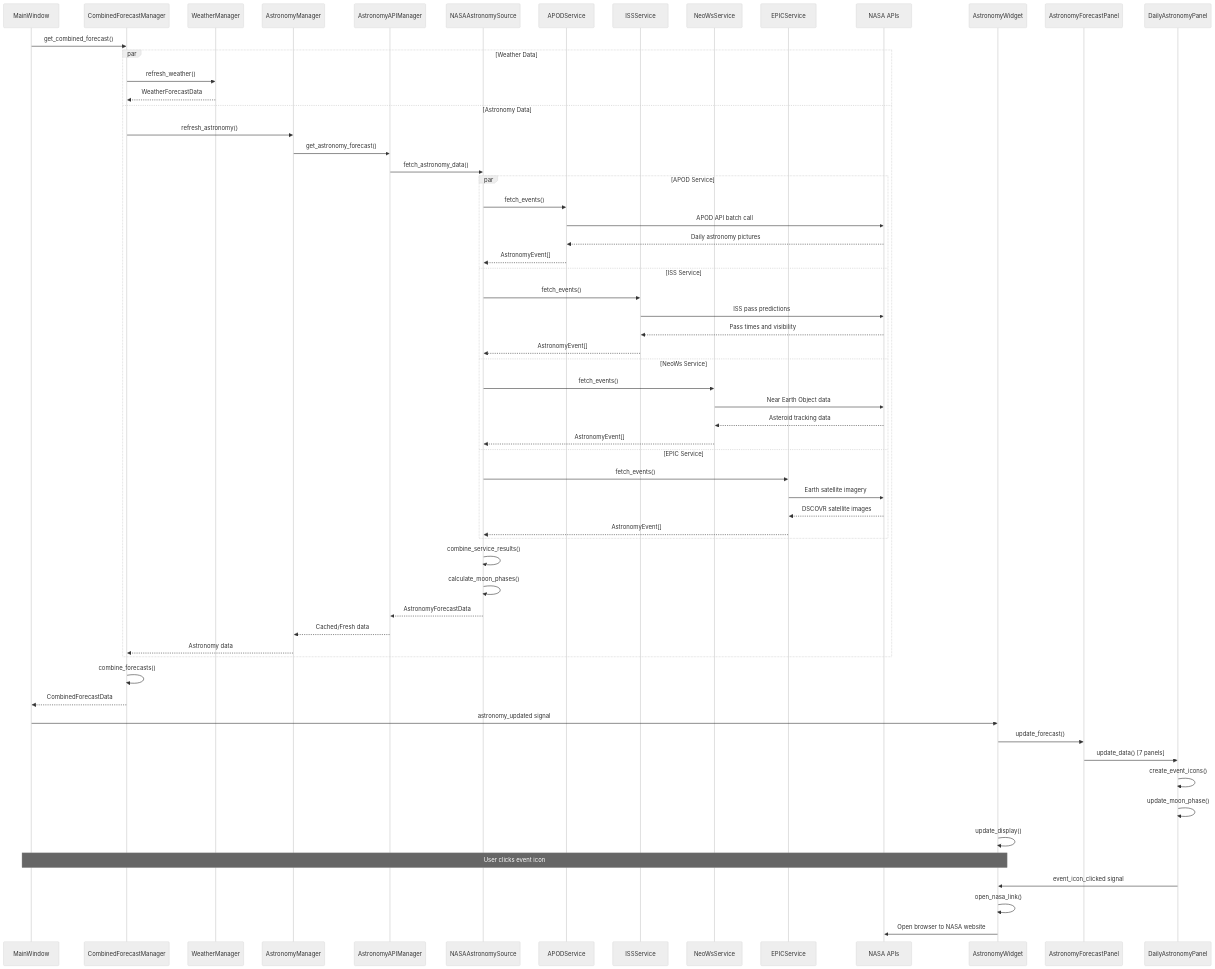
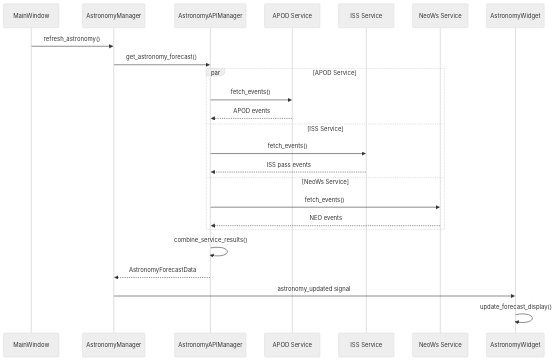
One commit to oernster/trainer changed the third of 3 diagrams in docs/ARCHITECTURE.md. Above: the diagram before and after it, drawn with Mermaid (neutral theme). The commit also changed other lines of this file, not shown here.

Commit message:
Update ARCHITECTURE.md in docs to reflect current code.

````diff
--- a/docs/ARCHITECTURE.md
+++ b/docs/ARCHITECTURE.md
@@ -1451,69 +638,29 @@
 ```mermaid
 sequenceDiagram
     participant MW as MainWindow
-    participant CFM as CombinedForecastManager
-    participant WM as WeatherManager
     participant AM as AstronomyManager
     participant AAM as AstronomyAPIManager
-    participant NAS as NASAAstronomySource
-    participant APOD as APODService
-    participant ISS as ISSService
-    participant NEO as NeoWsService
-    participant EPIC as EPICService
-    participant NASA as NASA APIs
+    participant APOD as APOD Service
+    participant ISS as ISS Service
+    participant NEO as NeoWs Service
     participant AW as AstronomyWidget
-    participant AFP as AstronomyForecastPanel
-    participant DAP as DailyAstronomyPanel
     
-    MW->>CFM: get_combined_forecast()
-    par Weather Data
-        CFM->>WM: refresh_weather()
-        WM-->>CFM: WeatherForecastData
-    and Astronomy Data
-        CFM->>AM: refresh_astronomy()
-        AM->>AAM: get_astronomy_forecast()
-        AAM->>NAS: fetch_astronomy_data()
-        
-        par APOD Service
-            NAS->>APOD: fetch_events()
-            APOD->>NASA: APOD API batch call
-            NASA-->>APOD: Daily astronomy pictures
-            APOD-->>NAS: AstronomyEvent[]
-        and ISS Service
-            NAS->>ISS: fetch_events()
-            ISS->>NASA: ISS pass predictions
-            NASA-->>ISS: Pass times and visibility
-            ISS-->>NAS: AstronomyEvent[]
-        and NeoWs Service
-            NAS->>NEO: fetch_events()
-            NEO->>NASA: Near Earth Object data
-            NASA-->>NEO: Asteroid tracking data
-            NEO-->>NAS: AstronomyEvent[]
-        and EPIC Service
-            NAS->>EPIC: fetch_events()
-            EPIC->>NASA: Earth satellite imagery
-            NASA-->>EPIC: DSCOVR satellite images
-            EPIC-->>NAS: AstronomyEvent[]
-        end
-        
-        NAS->>NAS: combine_service_results()
-        NAS->>NAS: calculate_moon_phases()
-        NAS-->>AAM: AstronomyForecastData
-        AAM-->>AM: Cached/Fresh data
-        AM-->>CFM: Astronomy data
+    MW->>AM: refresh_astronomy()
+    AM->>AAM: get_astronomy_forecast()
+    
+    par APOD Service
+        AAM->>APOD: fetch_events()
+        APOD-->>AAM: APOD events
+    and ISS Service
+        AAM->>ISS: fetch_events()
+        ISS-->>AAM: ISS pass events
+    and NeoWs Service
+        AAM->>NEO: fetch_events()
+        NEO-->>AAM: NEO events
     end
     
-    CFM->>CFM: combine_forecasts()
-    CFM-->>MW: CombinedForecastData
-    MW->>AW: astronomy_updated signal
-    AW->>AFP: update_forecast()
-    AFP->>DAP: update_data() [7 panels]
-    DAP->>DAP: create_event_icons()
-    DAP->>DAP: update_moon_phase()
-    AW->>AW: update_display()
-    
-    Note over MW,AW: User clicks event icon
-    DAP->>AW: event_icon_clicked signal
-    AW->>AW: open_nasa_link()
-    AW->>NASA: Open browser to NASA website
+    AAM->>AAM: combine_service_results()
+    AAM-->>AM: AstronomyForecastData
+    AM->>AW: astronomy_updated signal
+    AW->>AW: update_forecast_display()
 ```
````
